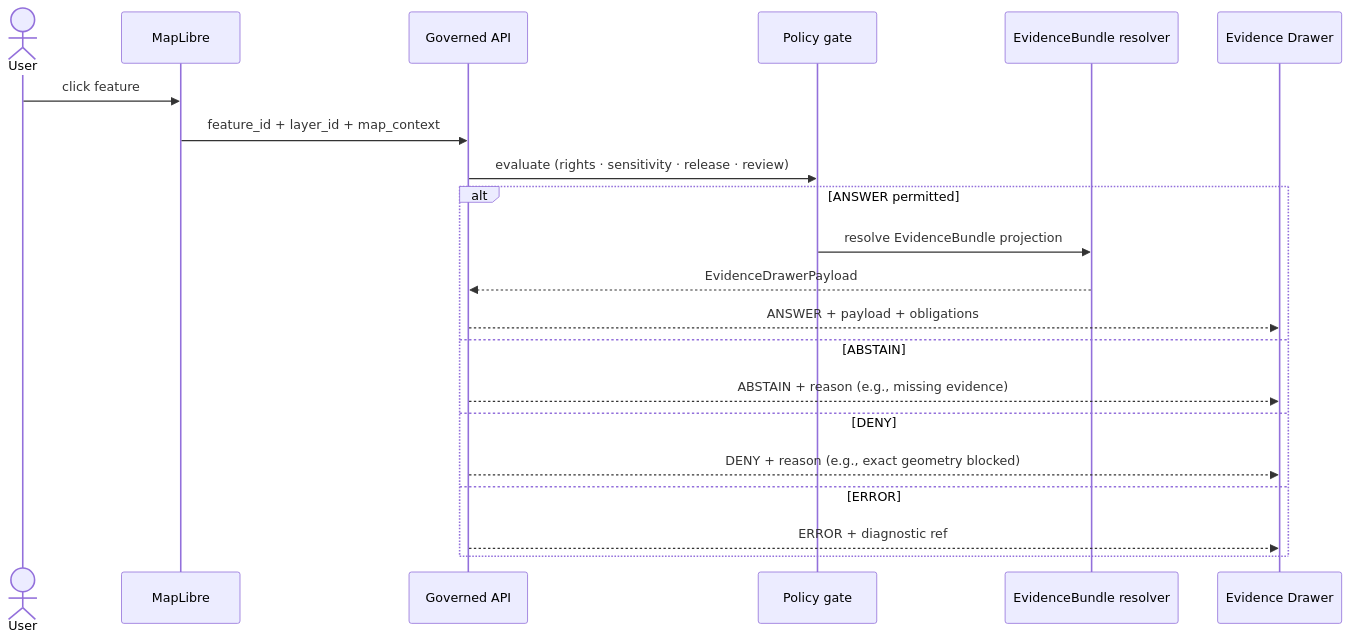
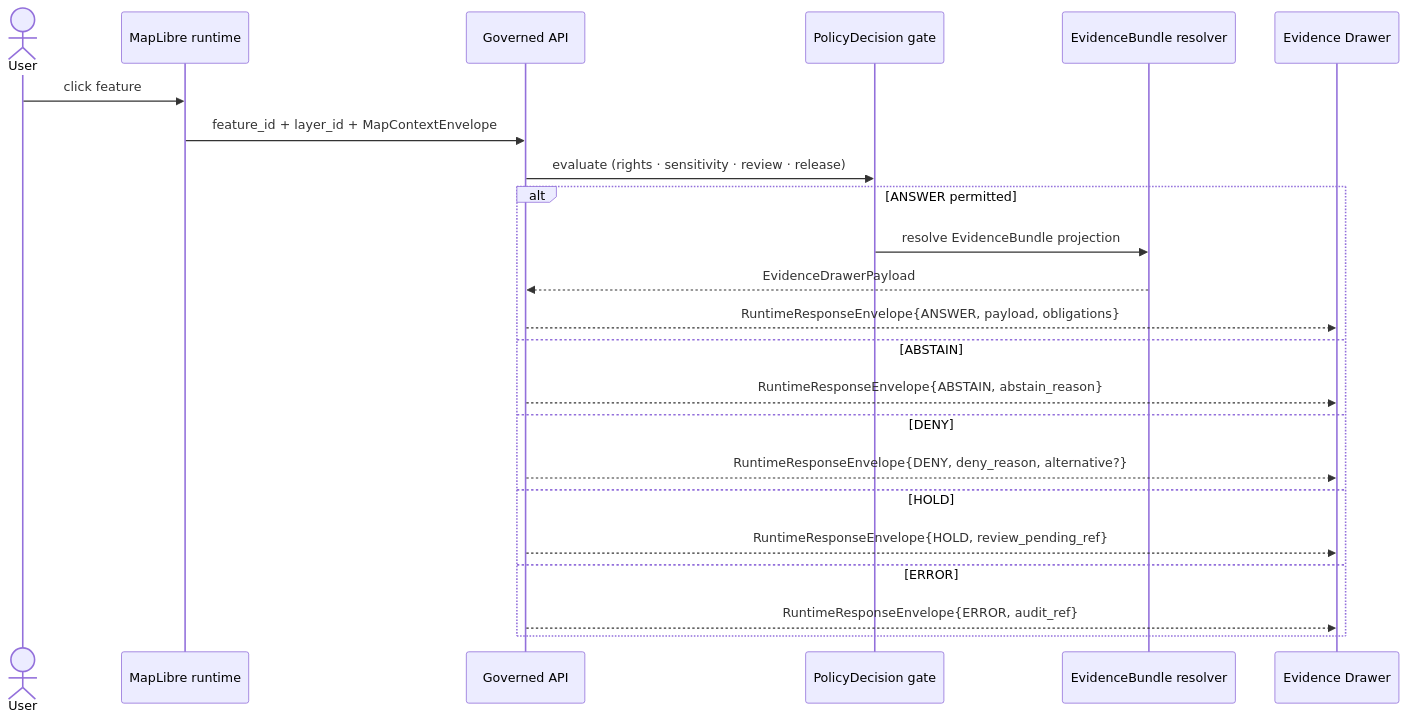
The second of 2 diagrams in docs/domains/archaeology/MAP_UI_CONTRACTS.md (bartytime4life/Kansas-Frontier-Matrix), drawn with Mermaid before and after one commit. The commit also changed other lines of this file, not shown here.

````diff
--- a/docs/domains/archaeology/MAP_UI_CONTRACTS.md
+++ b/docs/domains/archaeology/MAP_UI_CONTRACTS.md
@@ -243,24 +278,26 @@
 ```mermaid
 sequenceDiagram
     actor User
-    participant Map as MapLibre
+    participant Map as MapLibre runtime
     participant API as Governed API
-    participant Pol as Policy gate
+    participant Pol as PolicyDecision gate
     participant EV as EvidenceBundle resolver
     participant UI as Evidence Drawer
 
     User->>Map: click feature
-    Map->>API: feature_id + layer_id + map_context
-    API->>Pol: evaluate (rights · sensitivity · release · review)
+    Map->>API: feature_id + layer_id + MapContextEnvelope
+    API->>Pol: evaluate (rights · sensitivity · review · release)
     alt ANSWER permitted
         Pol->>EV: resolve EvidenceBundle projection
         EV-->>API: EvidenceDrawerPayload
-        API-->>UI: ANSWER + payload + obligations
+        API-->>UI: RuntimeResponseEnvelope{ANSWER, payload, obligations}
     else ABSTAIN
-        API-->>UI: ABSTAIN + reason (e.g., missing evidence)
+        API-->>UI: RuntimeResponseEnvelope{ABSTAIN, abstain_reason}
     else DENY
-        API-->>UI: DENY + reason (e.g., exact geometry blocked)
+        API-->>UI: RuntimeResponseEnvelope{DENY, deny_reason, alternative?}
+    else HOLD
+        API-->>UI: RuntimeResponseEnvelope{HOLD, review_pending_ref}
     else ERROR
-        API-->>UI: ERROR + diagnostic ref
+        API-->>UI: RuntimeResponseEnvelope{ERROR, audit_ref}
     end
 ```
````
